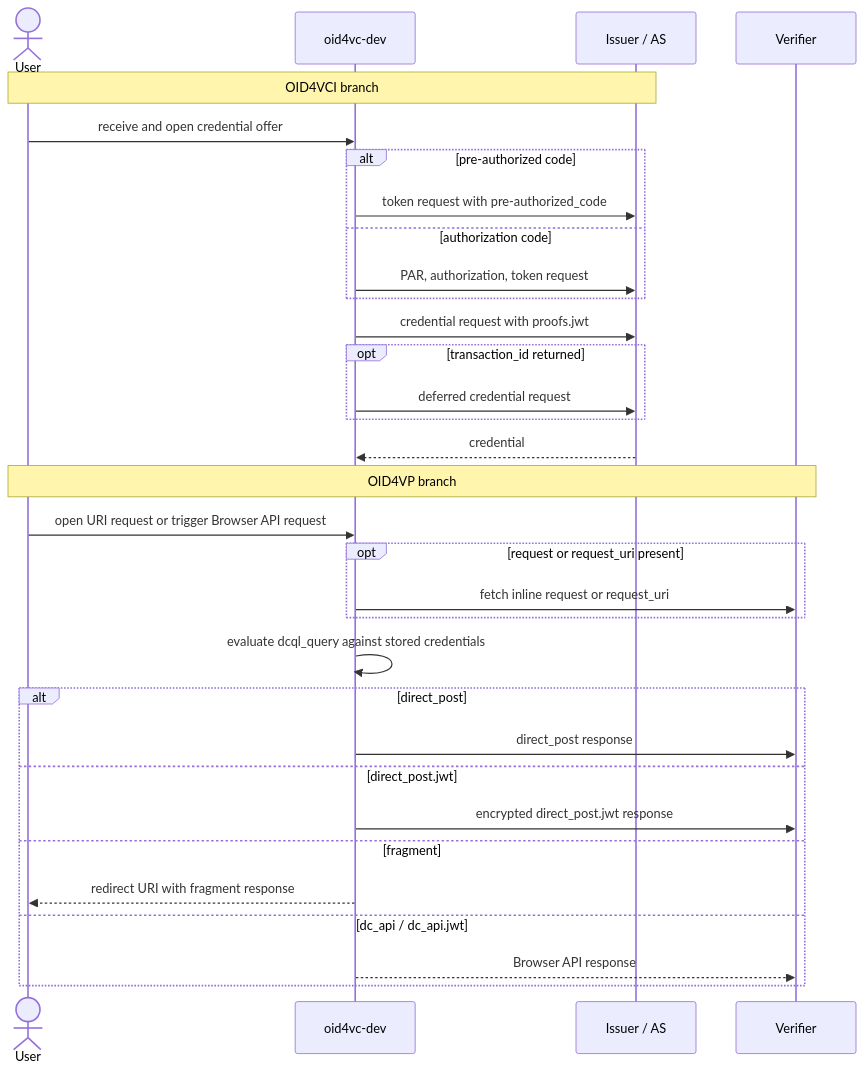
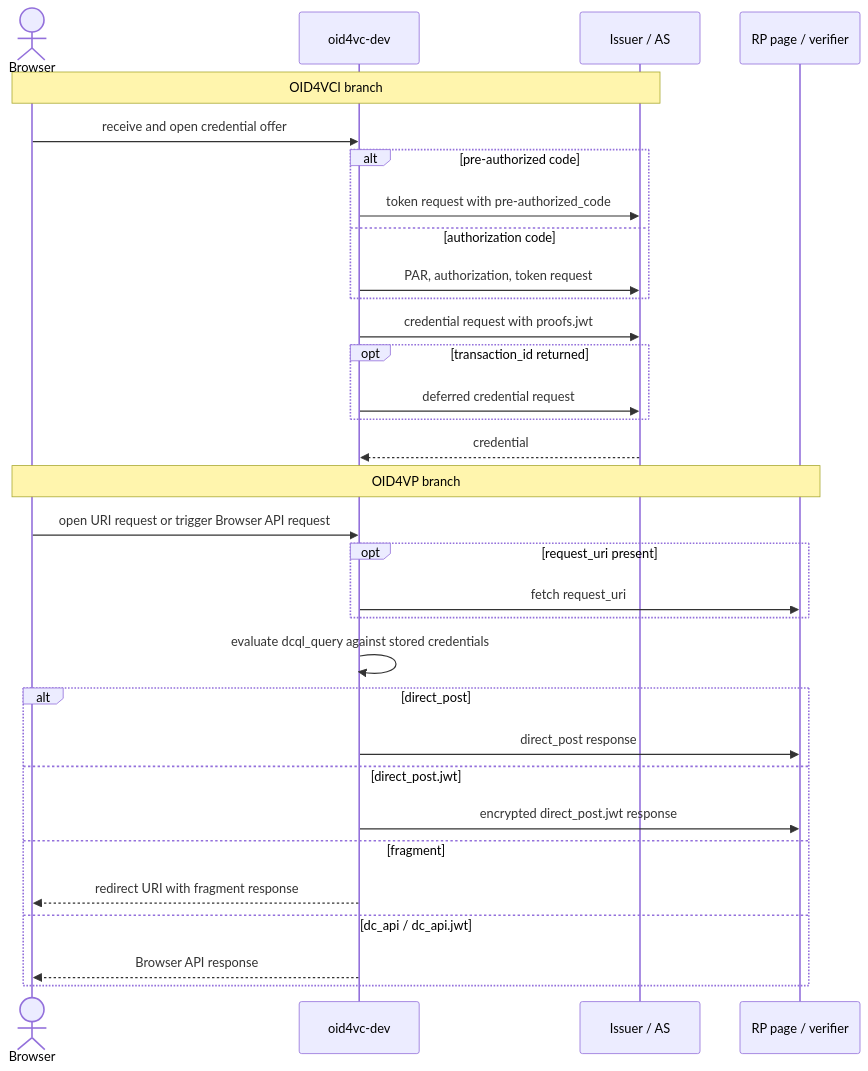
One commit to dominikschlosser/ssi-debugger changed the second of 2 diagrams in docs/diagrams/README.md. Above: the diagram before and after it, drawn with Mermaid. The commit also changed other lines of this file and 10 other files, not shown here.

Commit message:
fix: SIOPv2 only mode and require-encrypted-request was not enforced

````diff
--- a/docs/diagrams/README.md
+++ b/docs/diagrams/README.md
@@ -35,36 +35,36 @@
 ```mermaid
 sequenceDiagram
-    actor User
+    actor Browser
     participant Wallet as oid4vc-dev
     participant Issuer as Issuer / AS
-    participant Verifier
+    participant RP as RP page / verifier
 
-    Note over User,Issuer: OID4VCI branch
-    User->>Wallet: receive and open credential offer
+    Note over Browser,Issuer: OID4VCI branch
+    Browser->>Wallet: receive and open credential offer
     alt pre-authorized code
         Wallet->>Issuer: token request with pre-authorized_code
     else authorization code
         Wallet->>Issuer: PAR, authorization, token request
     end
     Wallet->>Issuer: credential request with proofs.jwt
     opt transaction_id returned
         Wallet->>Issuer: deferred credential request
     end
     Issuer-->>Wallet: credential
 
-    Note over User,Verifier: OID4VP branch
-    User->>Wallet: open URI request or trigger Browser API request
-    opt request or request_uri present
-        Wallet->>Verifier: fetch inline request or request_uri
+    Note over Browser,RP: OID4VP branch
+    Browser->>Wallet: open URI request or trigger Browser API request
+    opt request_uri present
+        Wallet->>RP: fetch request_uri
     end
     Wallet->>Wallet: evaluate dcql_query against stored credentials
     alt direct_post
-        Wallet->>Verifier: direct_post response
+        Wallet->>RP: direct_post response
     else direct_post.jwt
-        Wallet->>Verifier: encrypted direct_post.jwt response
+        Wallet->>RP: encrypted direct_post.jwt response
     else fragment
-        Wallet-->>User: redirect URI with fragment response
+        Wallet-->>Browser: redirect URI with fragment response
     else dc_api / dc_api.jwt
-        Wallet-->>Verifier: Browser API response
+        Wallet-->>Browser: Browser API response
     end
 ```
````
